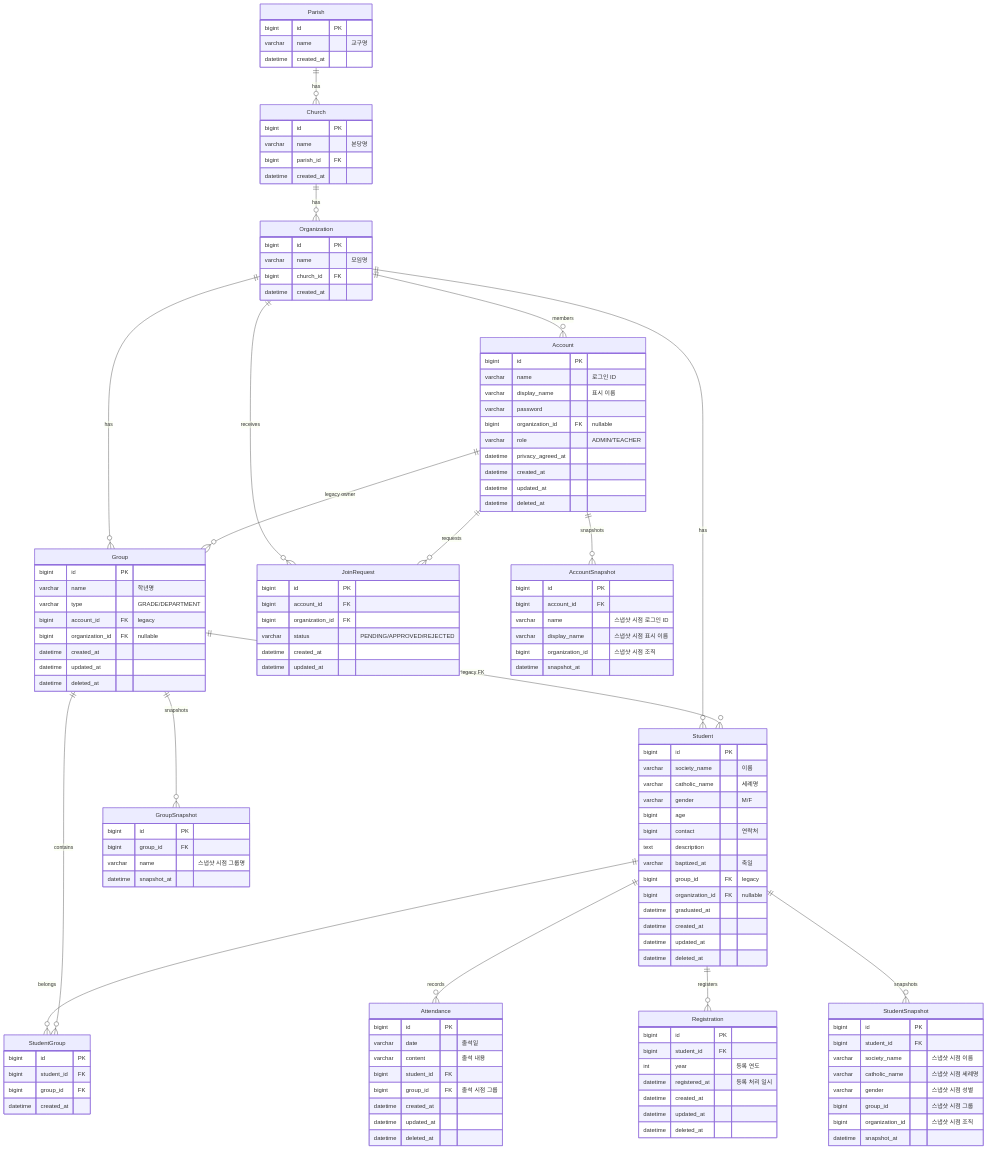
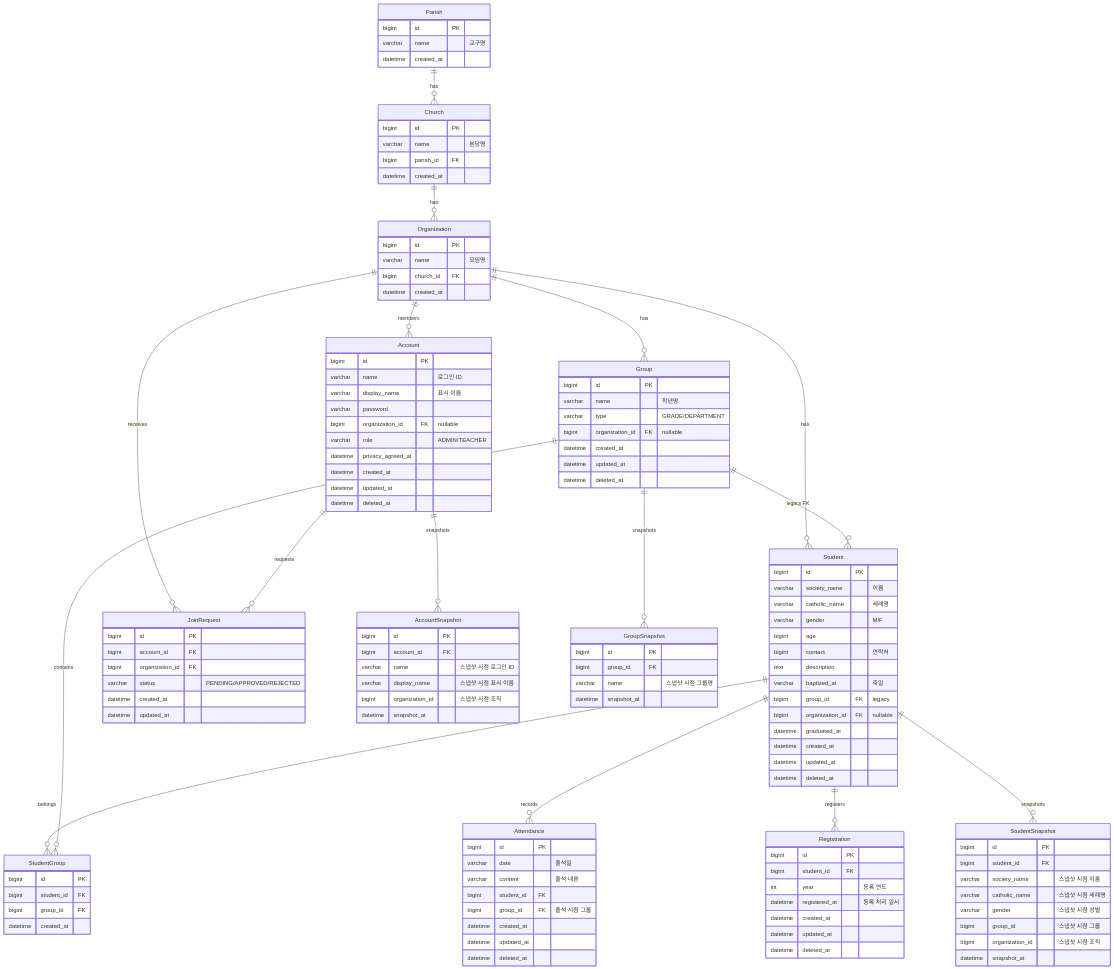
Before and after one commit to dc-choi/school-manage: the second of 2 diagrams in README.md, drawn with Mermaid. The commit also changed 1 other file, not shown here.

Commit message:
docs: ERD·기능설계 account_id 제거 반영 — Group 모델 organizationId 기반으로 갱신

```diff
--- a/README.md
+++ b/README.md
@@ -89,7 +89,6 @@
     Organization ||--o{ Group : has
     Organization ||--o{ Student : has
     Organization ||--o{ JoinRequest : receives
-    Account ||--o{ Group : "legacy owner"
     Account ||--o{ JoinRequest : requests
     Account ||--o{ AccountSnapshot : snapshots
     Student ||--o{ Attendance : records
@@ -146,7 +145,6 @@
         bigint id PK
         varchar name "학년명"
         varchar type "GRADE/DEPARTMENT"
-        bigint account_id FK "legacy"
         bigint organization_id FK "nullable"
         datetime created_at
         datetime updated_at
```
